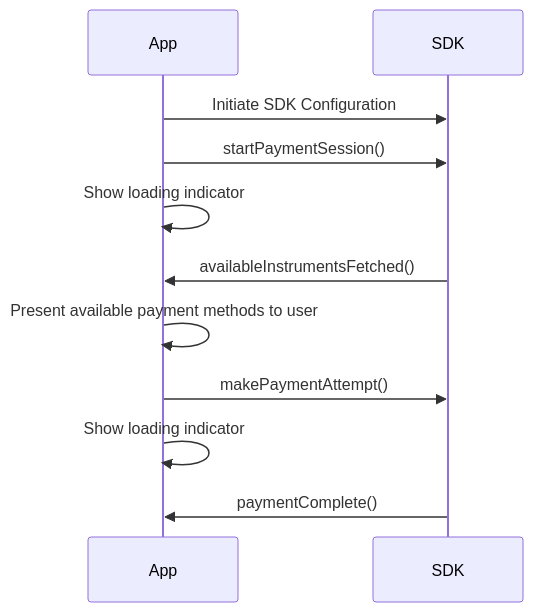
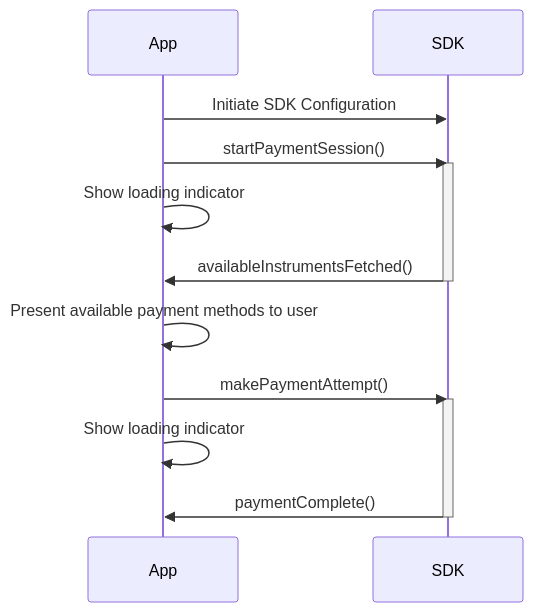
One commit to SwedbankPay/developer.swedbankpay.com changed the first of 4 diagrams in checkout-v3/modules-sdks/mobile-sdk/native-payments.md. Above: the diagram before and after it, drawn with Mermaid. The commit also changed other lines of this file and 3 other files, not shown here.

````diff
--- a/checkout-v3/modules-sdks/mobile-sdk/native-payments.md
+++ b/checkout-v3/modules-sdks/mobile-sdk/native-payments.md
@@ -45,14 +45,18 @@
 ```mermaid
 sequenceDiagram
     participant App
     participant SDK
 
     App ->> SDK: Initiate SDK Configuration
     App ->> SDK: startPaymentSession()
+    activate SDK
     App ->> App: Show loading indicator
     SDK ->> App: availableInstrumentsFetched()
+    deactivate SDK
     App ->> App: Present available payment methods to user
     App ->> SDK: makePaymentAttempt()
+    activate SDK
     App ->> App: Show loading indicator
     SDK ->> App: paymentComplete()
+    deactivate SDK
 ```
````
